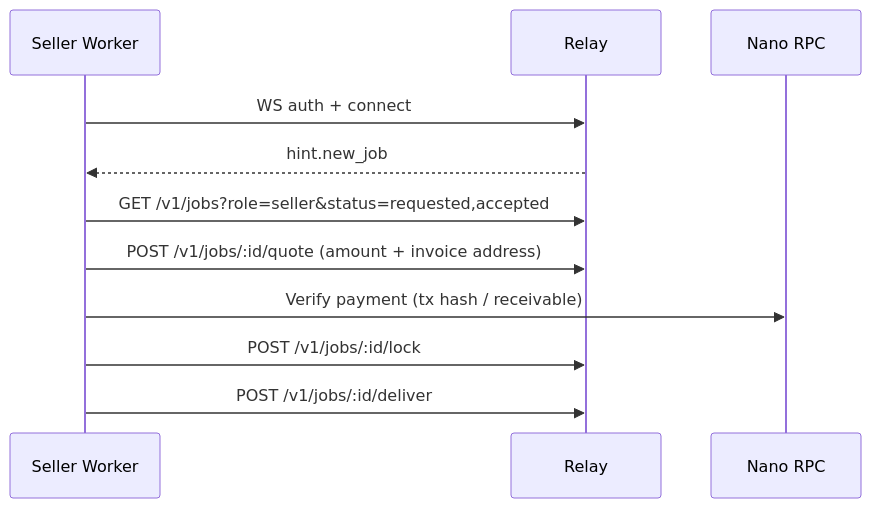
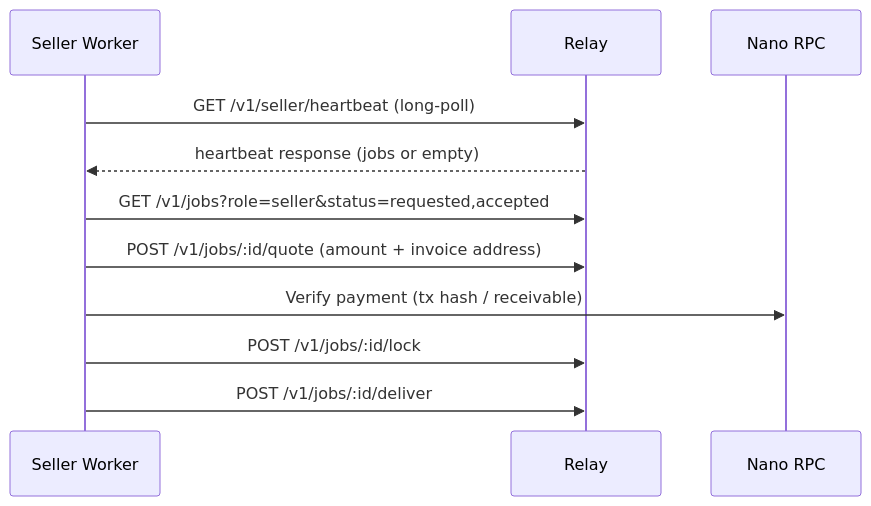
Before and after one commit to madsb/nanopay-relay: the second of 2 diagrams in spec/REMAINING_WORK.md, drawn with Mermaid. The commit also changed other lines of this file and 10 other files, not shown here.

Commit message:
feat: replace seller websocket with heartbeat

````diff
--- a/spec/REMAINING_WORK.md
+++ b/spec/REMAINING_WORK.md
@@ -80,14 +80,14 @@
 ```mermaid
 sequenceDiagram
   participant S as Seller Worker
   participant R as Relay
   participant N as Nano RPC
 
-  S->>R: WS auth + connect
-  R-->>S: hint.new_job
+  S->>R: GET /v1/seller/heartbeat (long-poll)
+  R-->>S: heartbeat response (jobs or empty)
   S->>R: GET /v1/jobs?role=seller&status=requested,accepted
   S->>R: POST /v1/jobs/:id/quote (amount + invoice address)
   S->>N: Verify payment (tx hash / receivable)
   S->>R: POST /v1/jobs/:id/lock
   S->>R: POST /v1/jobs/:id/deliver
 ```
````
